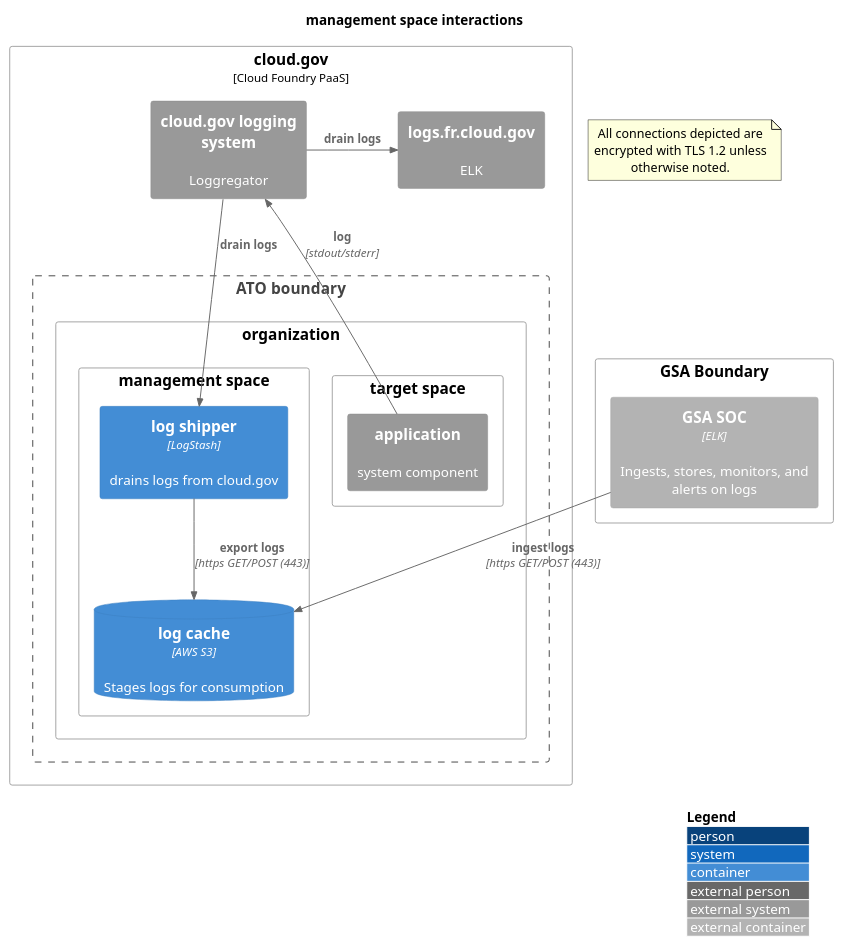
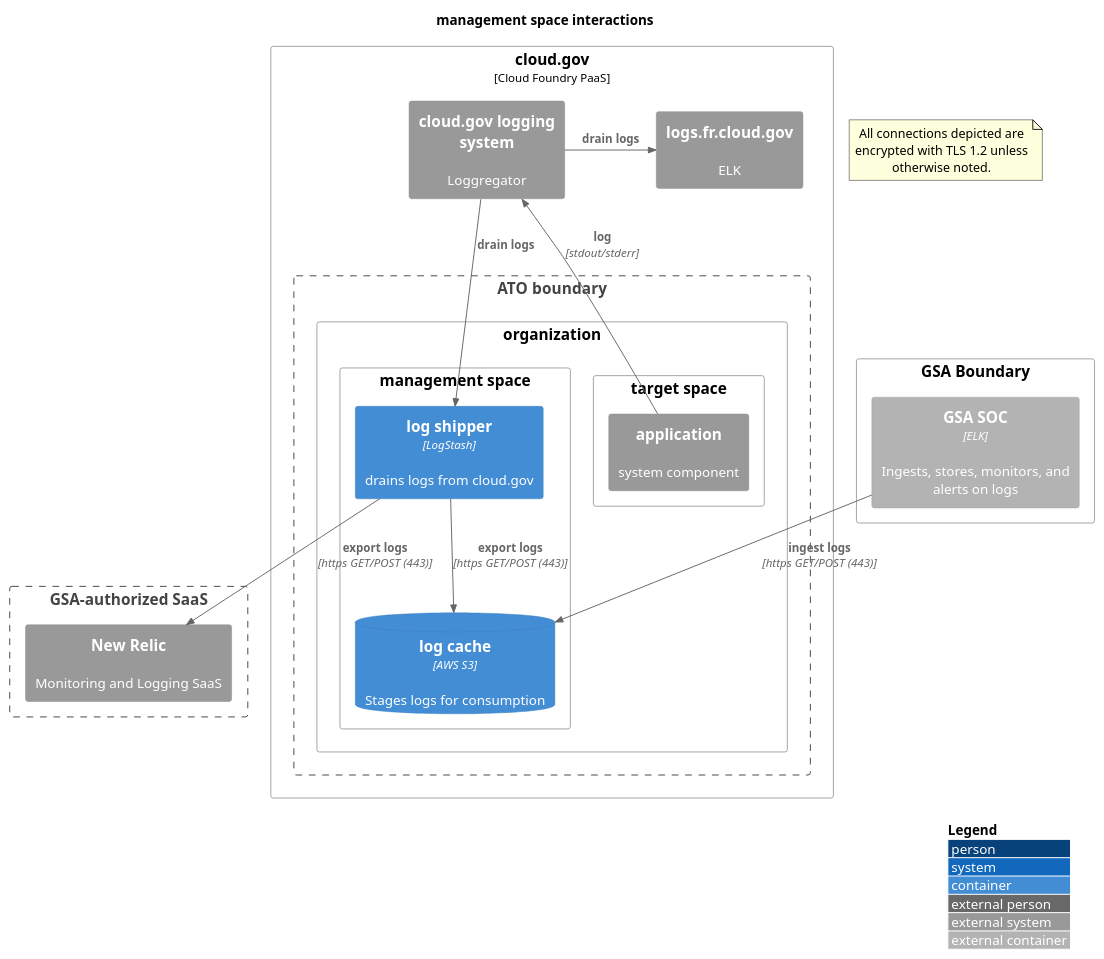
One commit to usagov/test-at-home changed the diagram in doc/compliance/generic/management-space.md. Above: the diagram before and after it, drawn with PlantUML. The commit also changed 1 other file, not shown here.

Commit message:
Add log-shipping to New Relic

````diff
--- a/doc/compliance/generic/management-space.md
+++ b/doc/compliance/generic/management-space.md
@@ -5,43 +5,48 @@
 ```plantuml
 @startuml
 !include https://raw.githubusercontent.com/plantuml-stdlib/C4-PlantUML/master/C4_Deployment.puml
 LAYOUT_WITH_LEGEND()
 title management space interactions
 note as EncryptionNote
   All connections depicted are encrypted with TLS 1.2 unless otherwise noted.
 end note
 Deployment_Node(cloudgov, "cloud.gov", "Cloud Foundry PaaS") {
     System_Ext(cloudgov_loggregator, "cloud.gov logging system", "Loggregator")
     System_Ext(cloudgov_logs, "logs.fr.cloud.gov", "ELK")
     Boundary(atob, "ATO boundary") {
         Deployment_Node(organization, "organization") {
             Deployment_Node(management_space, "management space") {
                 Container(log_drain, "log shipper", "LogStash", "drains logs from cloud.gov")
                 ContainerDb(log_bucket, "log cache", "AWS S3", "Stages logs for consumption")
             }
             Deployment_Node(target_space, "target space") {
                 System_Ext(target_app, "application", "system component")
             }
         }
     }
 }
 
+Boundary(gsa_saas, "GSA-authorized SaaS") {
+    System_Ext(newrelic, "New Relic", "Monitoring and Logging SaaS")
+}
+
 Deployment_Node(gsa_boundary, "GSA Boundary") {
     Container_Ext(gsa_soc, "GSA SOC", "ELK", "Ingests, stores, monitors, and   alerts on logs")
 }
 
 ' Logging
 Rel_Up(target_app, cloudgov_loggregator, "log", "stdout/stderr")
 
 ' The drains themselves also log, but this just gets confusing if we show it
 'Rel_Up(management_drain, cloudgov_loggregator, "log", "stdout/stderr")
 
 'Log draining
 Rel_Down(cloudgov_loggregator, log_drain, "drain logs")
 Rel_Right(cloudgov_loggregator, cloudgov_logs, "drain logs")
 
 'Log shipping
 Rel(log_drain, log_bucket, "export logs", "https GET/POST (443)")
 Rel(gsa_soc, log_bucket, "ingest logs", "https GET/POST (443)")
+Rel(log_drain, newrelic, "export logs", "https GET/POST (443)")
 @enduml
 ```
````
